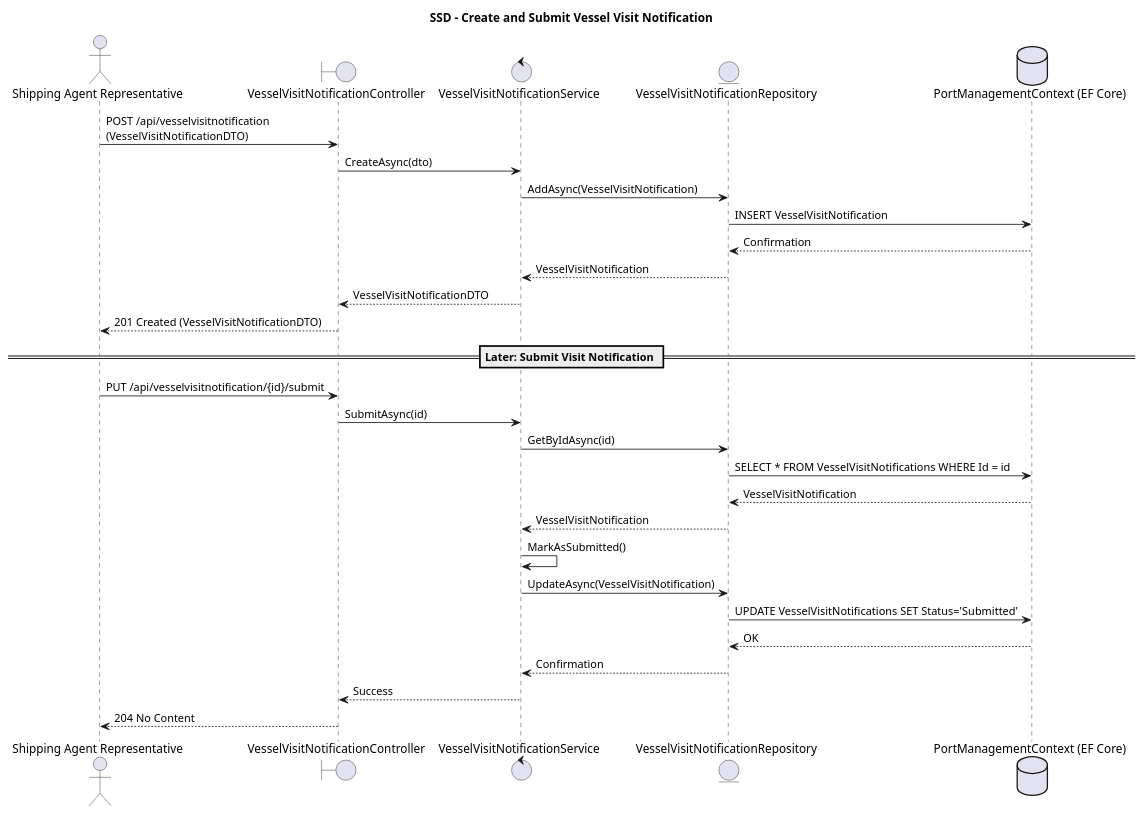
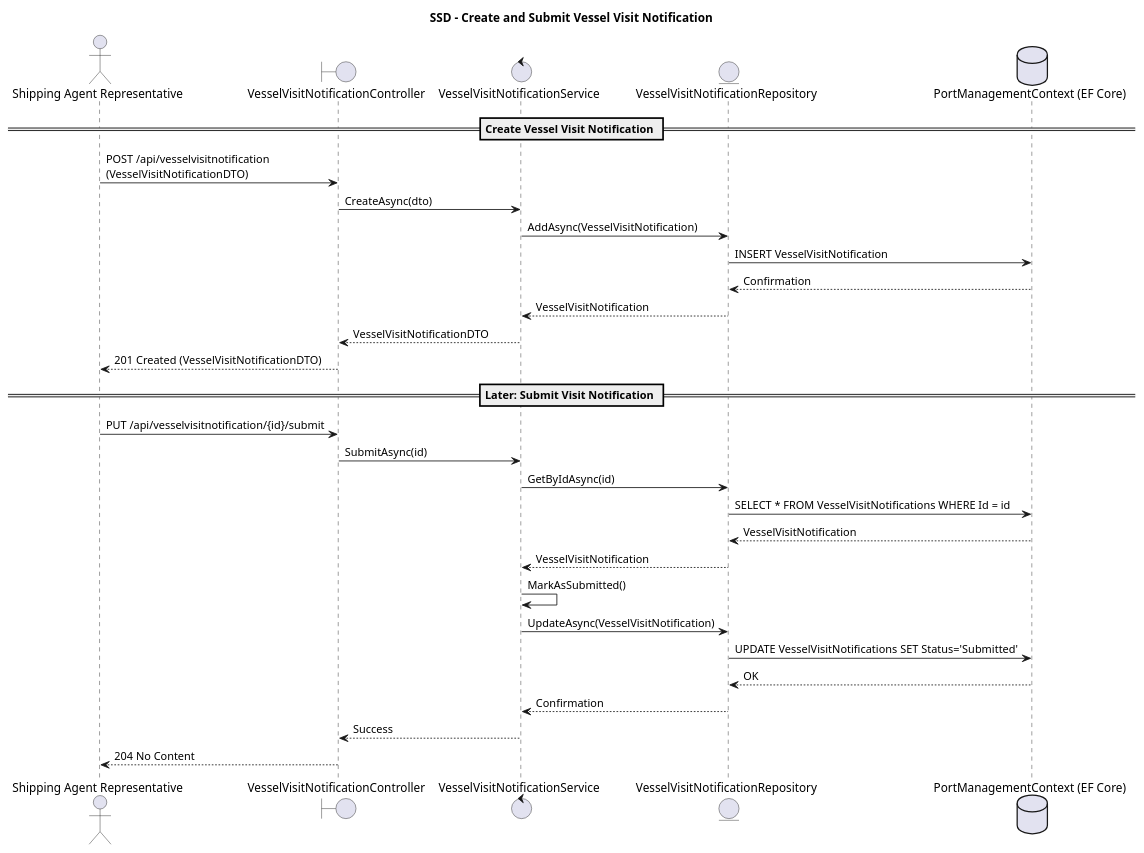
One commit to igor-coutinho22/Port_Management_System changed the diagram in docs/US 2.2.8/Sequence Diagram - US 2.2.8.puml. Above: the diagram before and after it, drawn with PlantUML.

Commit message:
small update to US 2.2.8 documentation

```diff
--- a/docs/US 2.2.8/Sequence Diagram - US 2.2.8.puml
+++ b/docs/US 2.2.8/Sequence Diagram - US 2.2.8.puml
@@ -1,36 +1,36 @@
 @startuml
 title SSD - Create and Submit Vessel Visit Notification
 
 actor "Shipping Agent Representative" as Agent
 boundary "VesselVisitNotificationController" as Controller
 control "VesselVisitNotificationService" as Service
 entity "VesselVisitNotificationRepository" as Repository
 database "PortManagementContext (EF Core)" as DB
 
-' === Create Vessel Visit Notification ===
+== Create Vessel Visit Notification ==
 Agent -> Controller : POST /api/vesselvisitnotification\n(VesselVisitNotificationDTO)
 Controller -> Service : CreateAsync(dto)
 Service -> Repository : AddAsync(VesselVisitNotification)
 Repository -> DB : INSERT VesselVisitNotification
 DB --> Repository : Confirmation
 Repository --> Service : VesselVisitNotification
 Service --> Controller : VesselVisitNotificationDTO
 Controller --> Agent : 201 Created (VesselVisitNotificationDTO)
 
-== Later: Submit Visit Notification ==
+ == Later: Submit Visit Notification ==
 
 Agent -> Controller : PUT /api/vesselvisitnotification/{id}/submit
 Controller -> Service : SubmitAsync(id)
 Service -> Repository : GetByIdAsync(id)
 Repository -> DB : SELECT * FROM VesselVisitNotifications WHERE Id = id
 DB --> Repository : VesselVisitNotification
 Repository --> Service : VesselVisitNotification
 Service -> Service : MarkAsSubmitted()
 Service -> Repository : UpdateAsync(VesselVisitNotification)
 Repository -> DB : UPDATE VesselVisitNotifications SET Status='Submitted'
 DB --> Repository : OK
 Repository --> Service : Confirmation
 Service --> Controller : Success
 Controller --> Agent : 204 No Content
 
 @enduml
```
